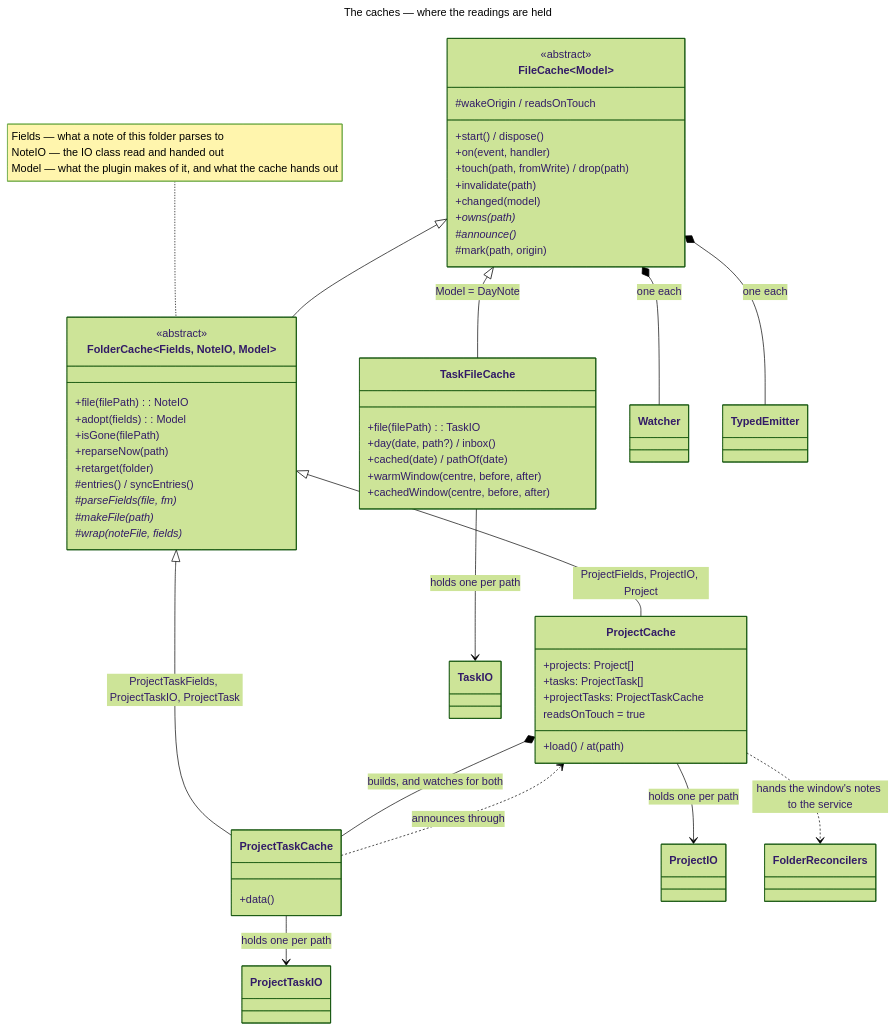
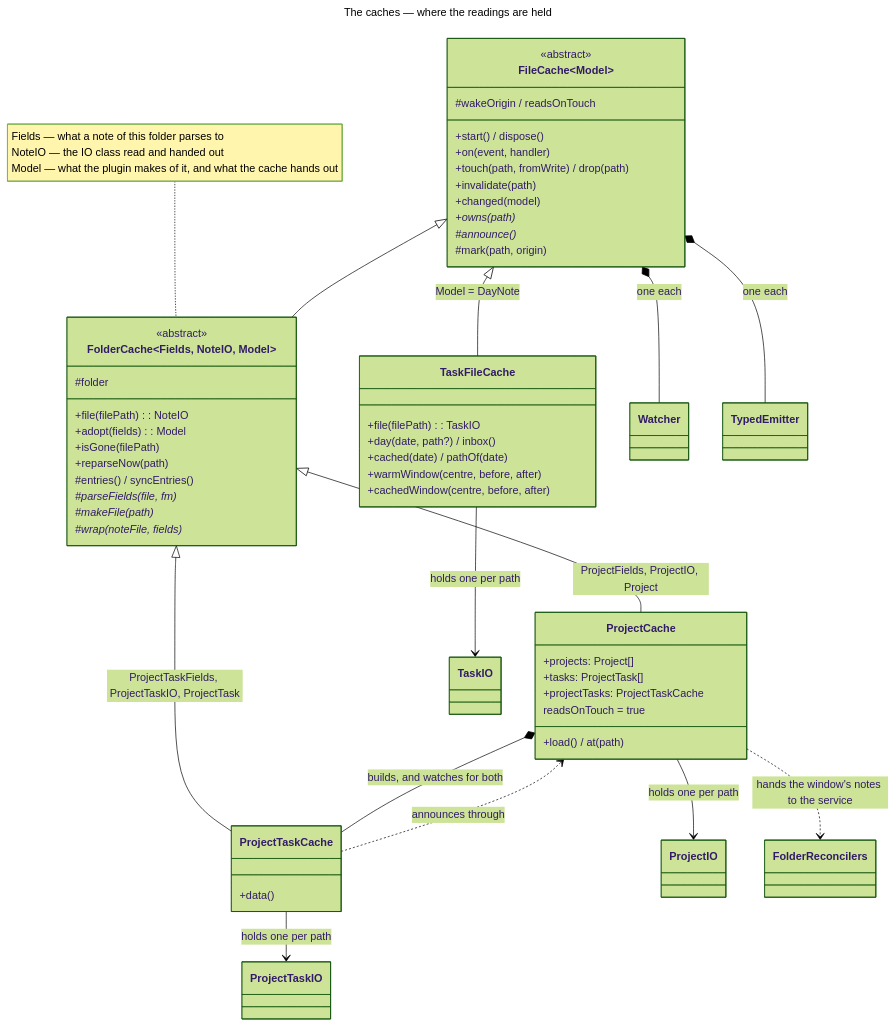
One commit to Laurent-Ferier/pm-compass changed the diagram in docs/technical/diagrams/caches.mmd. Above: the diagram before and after it, drawn with Mermaid (forest theme). The commit also changed 19 other files, not shown here.

```diff
--- a/docs/technical/diagrams/caches.mmd
+++ b/docs/technical/diagrams/caches.mmd
@@ -1,67 +1,67 @@
 ---
 title: The caches — where the readings are held
 ---
 classDiagram
   direction TB
 
   class FileCache~Model~ {
     <<abstract>>
     +start() / dispose()
     +on(event, handler)
     +touch(path, fromWrite) / drop(path)
     +invalidate(path)
     +changed(model)
     +owns(path)*
     #announce()*
     #mark(path, origin)
     #wakeOrigin / readsOnTouch
   }
 
   class FolderCache~Fields, NoteIO, Model~ {
     <<abstract>>
     +file(filePath): NoteIO
     +adopt(fields): Model
     +isGone(filePath)
     +reparseNow(path)
-    +retarget(folder)
+    #folder
     #entries() / syncEntries()
     #parseFields(file, fm)*
     #makeFile(path)*
     #wrap(noteFile, fields)*
   }
 
   class ProjectCache {
     +projects: Project[]
     +tasks: ProjectTask[]
     +projectTasks: ProjectTaskCache
     +load() / at(path)
     readsOnTouch = true
   }
 
   class ProjectTaskCache {
     +data()
   }
 
   class TaskFileCache {
     +file(filePath): TaskIO
     +day(date, path?) / inbox()
     +cached(date) / pathOf(date)
     +warmWindow(centre, before, after)
     +cachedWindow(centre, before, after)
   }
 
   note for FolderCache "Fields — what a note of this folder parses to<br/>NoteIO — the IO class read and handed out<br/>Model — what the plugin makes of it, and what the cache hands out"
 
   FileCache <|-- FolderCache
   FileCache <|-- TaskFileCache : Model = DayNote
   FolderCache <|-- ProjectCache : ProjectFields, ProjectIO, Project
   FolderCache <|-- ProjectTaskCache : ProjectTaskFields, ProjectTaskIO, ProjectTask
 
   ProjectCache *-- ProjectTaskCache : builds, and watches for both
   FileCache *-- Watcher : one each
   FileCache *-- TypedEmitter : one each
   ProjectCache --> ProjectIO : holds one per path
   ProjectTaskCache --> ProjectTaskIO : holds one per path
   TaskFileCache --> TaskIO : holds one per path
   ProjectTaskCache ..> ProjectCache : announces through
   ProjectCache ..> FolderReconcilers : hands the window's notes to the service
```
